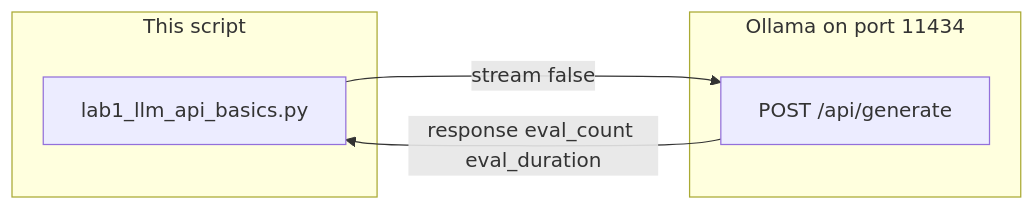
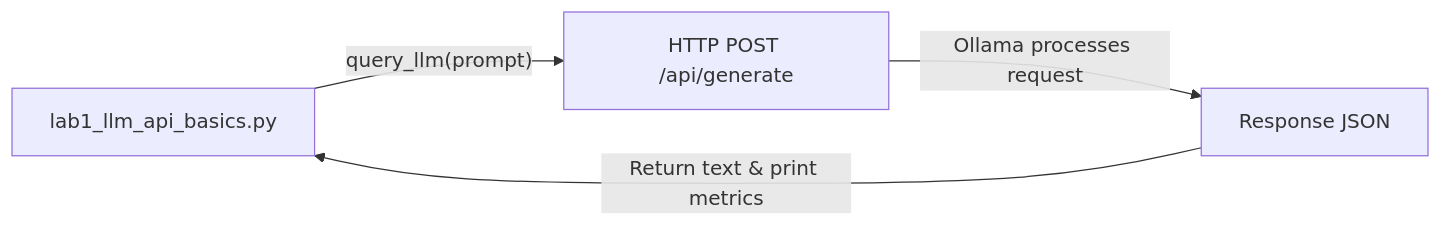
Before and after one commit to jacobbweber/AgenticAI-Labs: the diagram in education/01_the_call/lab1_llm_api_basics.md, drawn with Mermaid. The commit also changed other lines of this file and 123 other files, not shown here.

````diff
--- a/education/01_the_call/lab1_llm_api_basics.md
+++ b/education/01_the_call/lab1_llm_api_basics.md
@@ -12,11 +16,6 @@
 ```mermaid
 flowchart LR
-    subgraph lab1_script [This script]
-        S["lab1_llm_api_basics.py"]
-    end
-    subgraph lab1_host [Ollama on port 11434]
-        H["POST /api/generate"]
-    end
-    S -->|"stream false"| H
-    H -->|"response eval_count eval_duration"| S
+    A["lab1_llm_api_basics.py"] -->|"query_llm(prompt)"| B["HTTP POST /api/generate"]
+    B -->|"Ollama processes request"| C["Response JSON"]
+    C -->|"Return text & print metrics"| A
 ```
````
